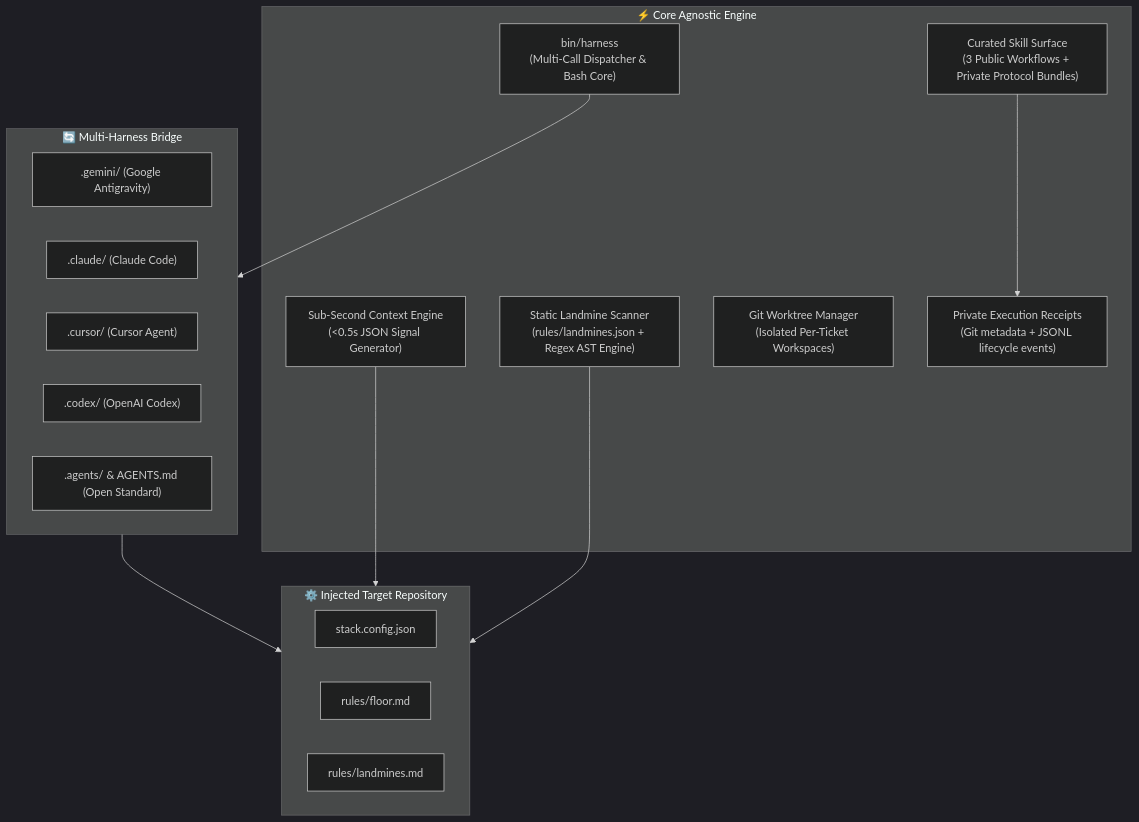
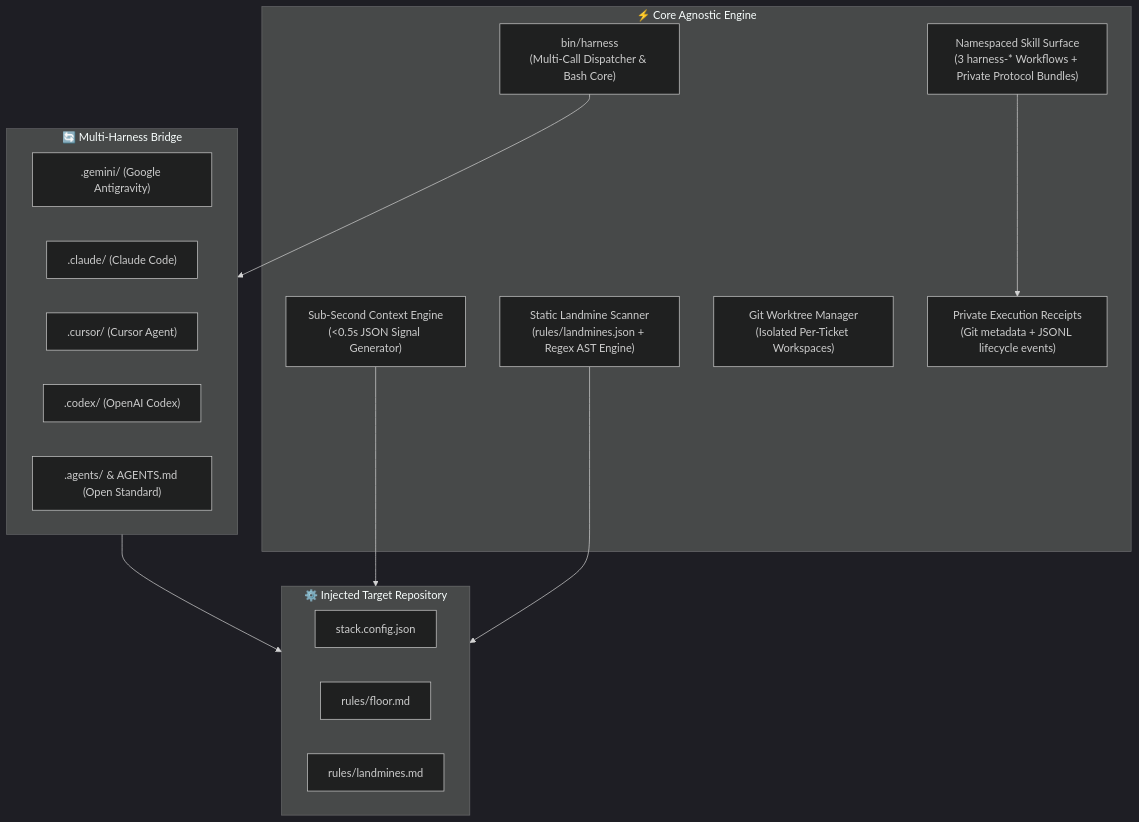
The diagram in docs/ARCHITECTURE.md (ahmontero/agent-harness), drawn with Mermaid (dark theme) before and after one commit. The commit also changed other lines of this file and 28 other files, not shown here.

````diff
--- a/docs/ARCHITECTURE.md
+++ b/docs/ARCHITECTURE.md
@@ -9,31 +9,31 @@
 ```mermaid
 flowchart TD
     subgraph Engine["⚡ Core Agnostic Engine"]
         CLI["bin/harness<br>(Multi-Call Dispatcher & Bash Core)"]
         Scanner["Static Landmine Scanner<br>(rules/landmines.json + Regex AST Engine)"]
         Context["Sub-Second Context Engine<br>(<0.5s JSON Signal Generator)"]
         Worktree["Git Worktree Manager<br>(Isolated Per-Ticket Workspaces)"]
         Receipts["Private Execution Receipts<br>(Git metadata + JSONL lifecycle events)"]
-        Skills["Curated Skill Surface<br>(3 Public Workflows + Private Protocol Bundles)"]
+        Skills["Namespaced Skill Surface<br>(3 harness-* Workflows + Private Protocol Bundles)"]
     end
 
     subgraph Federation["🔄 Multi-Harness Bridge"]
         Gemini[".gemini/ (Google Antigravity)"]
         Claude[".claude/ (Claude Code)"]
         Cursor[".cursor/ (Cursor Agent)"]
         Codex[".codex/ (OpenAI Codex)"]
         Agents[".agents/ & AGENTS.md (Open Standard)"]
     end
 
     subgraph ProjectSpace["⚙️ Injected Target Repository"]
         Config["stack.config.json"]
         Floor["rules/floor.md"]
         Landmines["rules/landmines.md"]
     end
 
     CLI --> Federation
     Federation --> ProjectSpace
     Context --> ProjectSpace
     Scanner --> ProjectSpace
     Skills --> Receipts
 ```
````
